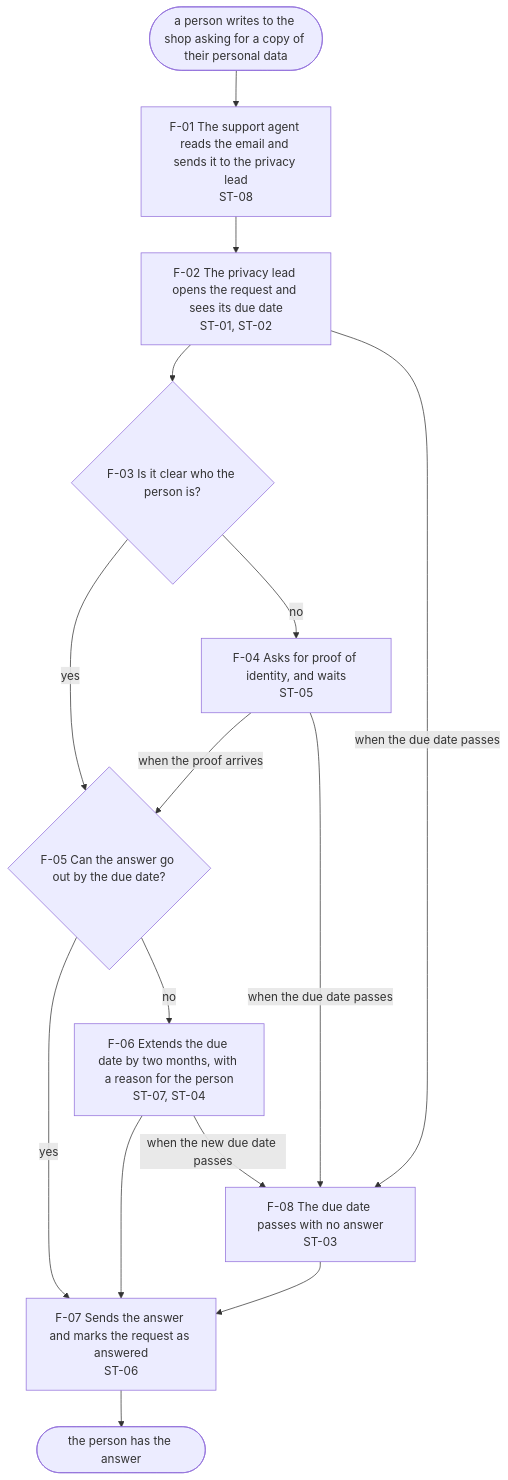
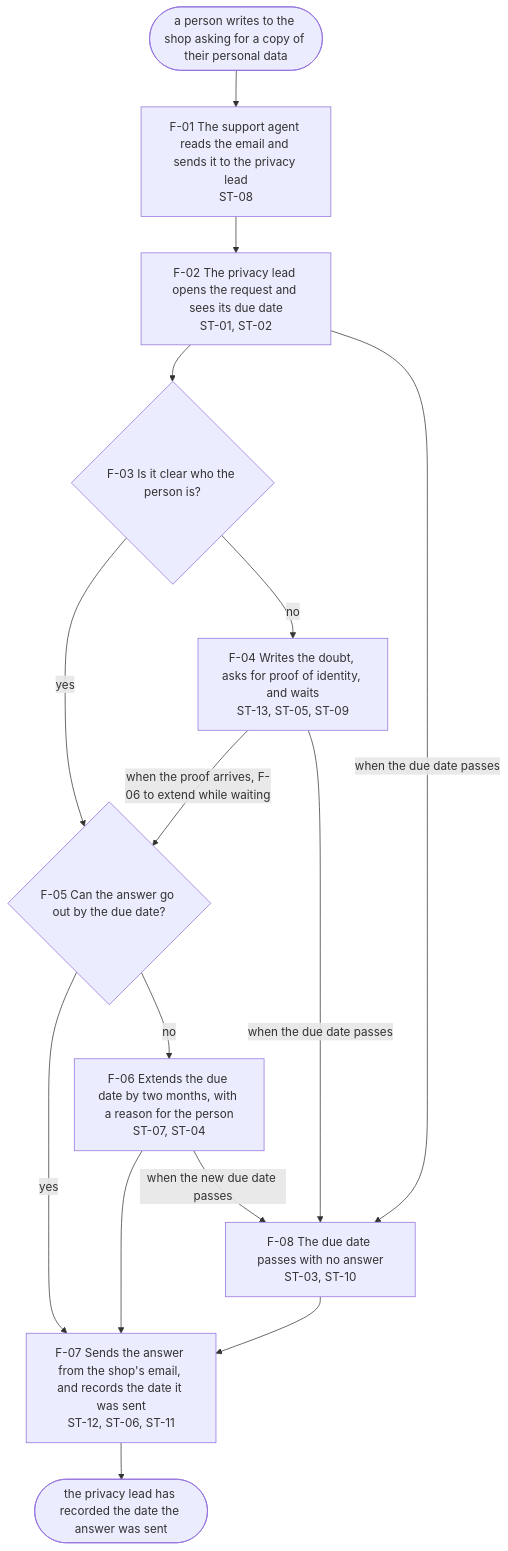
Before and after one commit to nayyymarques-eng/agentic-product-spec: the diagram in handoff/request.md, drawn with Mermaid. The commit also changed other lines of this file and 15 other files, not shown here.

````diff
--- a/handoff/request.md
+++ b/handoff/request.md
@@ -16,26 +16,26 @@
 ```mermaid
 flowchart TD
   T(["a person writes to the shop asking for a copy of their personal data"])
   T --> F01
   F01["F-01 The support agent reads the email and sends it to the privacy lead<br/>ST-08"]
   F02["F-02 The privacy lead opens the request and sees its due date<br/>ST-01, ST-02"]
   F03{"F-03 Is it clear who the person is?"}
-  F04["F-04 Asks for proof of identity, and waits<br/>ST-05"]
+  F04["F-04 Writes the doubt, asks for proof of identity, and waits<br/>ST-13, ST-05, ST-09"]
   F05{"F-05 Can the answer go out by the due date?"}
   F06["F-06 Extends the due date by two months, with a reason for the person<br/>ST-07, ST-04"]
-  F07["F-07 Sends the answer and marks the request as answered<br/>ST-06"]
-  F08["F-08 The due date passes with no answer<br/>ST-03"]
+  F07["F-07 Sends the answer from the shop's email, and records the date it was sent<br/>ST-12, ST-06, ST-11"]
+  F08["F-08 The due date passes with no answer<br/>ST-03, ST-10"]
   F01 --> F02
   F02 --> F03
   F02 -- "when the due date passes" --> F08
   F03 -- "yes" --> F05
   F03 -- "no" --> F04
-  F04 -- "when the proof arrives" --> F05
+  F04 -- "when the proof arrives, F-06 to extend while waiting" --> F05
   F04 -- "when the due date passes" --> F08
   F05 -- "yes" --> F07
   F05 -- "no" --> F06
   F06 --> F07
   F06 -- "when the new due date passes" --> F08
-  F07 --> E(["the person has the answer"])
+  F07 --> E(["the privacy lead has recorded the date the answer was sent"])
   F08 --> F07
 ```
````
